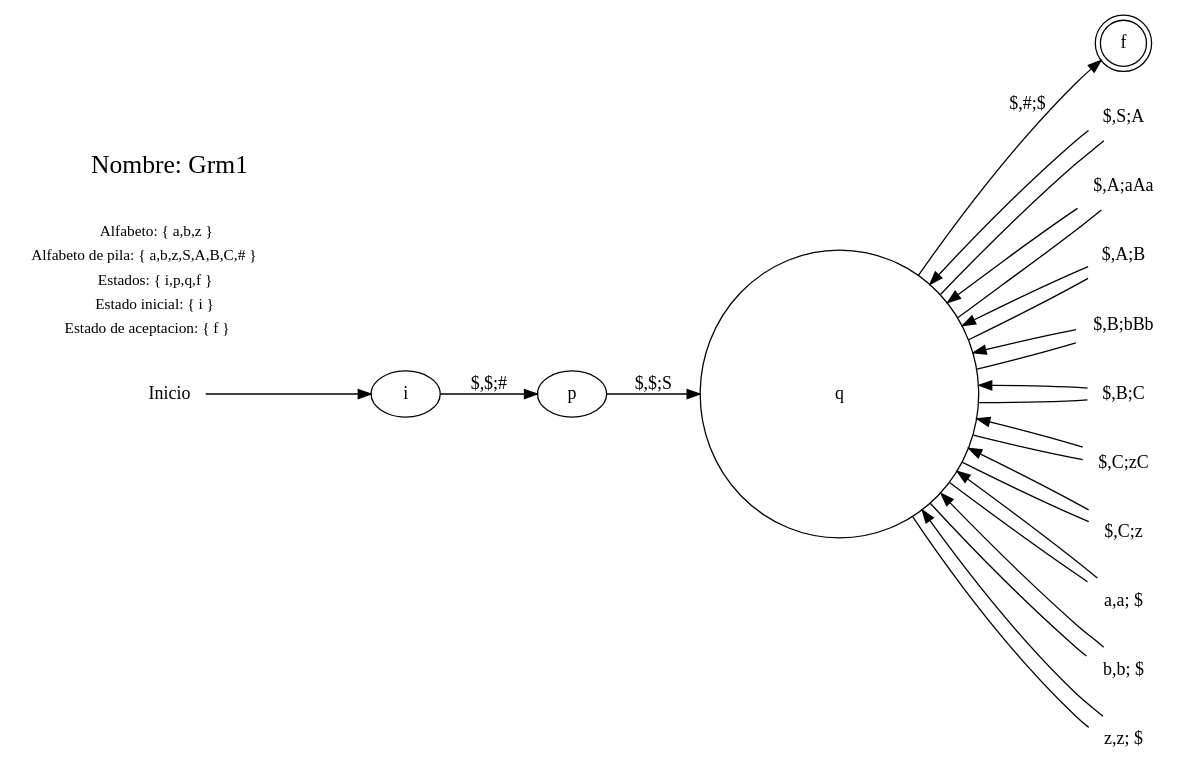
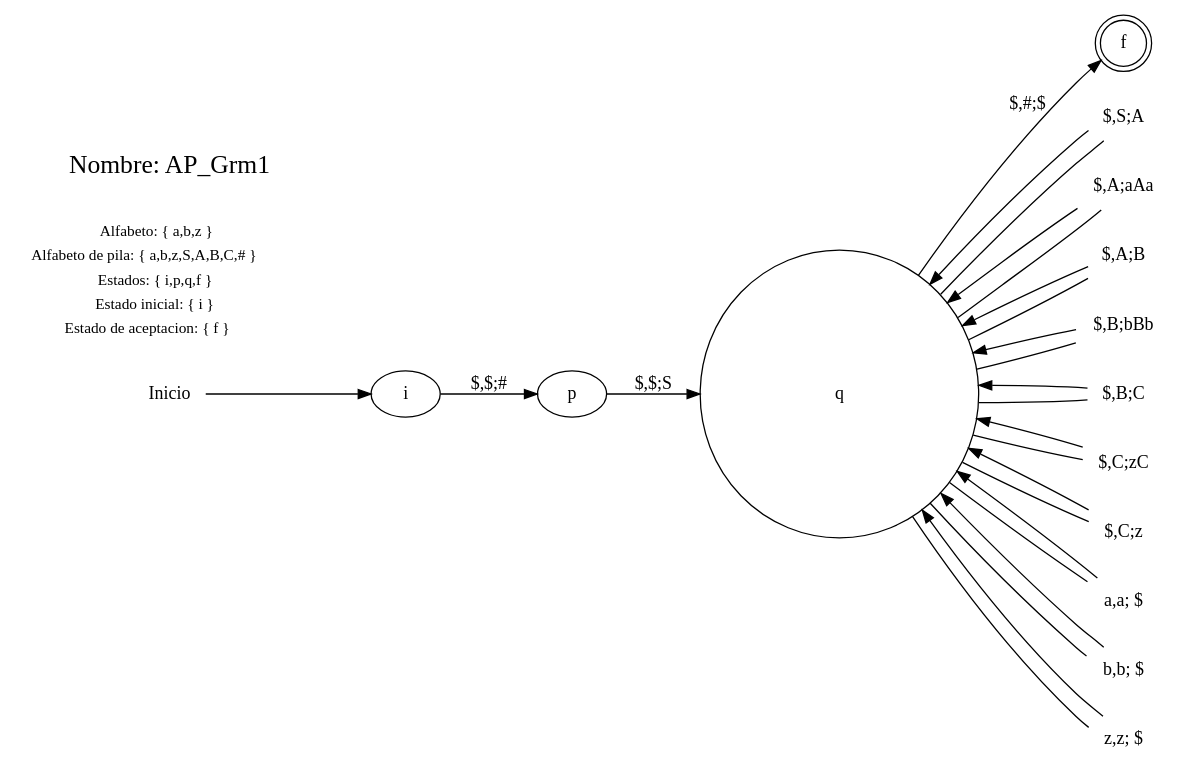
Before and after one commit to KevinPozuelos/KevinPozuelos-Proyecto_2_LFP_201800992: the diagram in Carga/automataPila.dot, drawn with Graphviz. The commit also changed 8 other files, not shown here.

```diff
--- a/Carga/automataPila.dot
+++ b/Carga/automataPila.dot
@@ -1,65 +1,65 @@
 digraph grafica{
 
 rankdir=LR;
 
 rank=same;
 
 f [shape = doublecircle];
 
 q [margin = 1];
 
 "Inicio" [shape = plaintext];
 
 "Inicio" -> i;
 
 i -> p [label = "$,$;#"]
 
 p -> q [label = "$,$;S"]
 
 q -> f [label = "$,#;$"]
 
 "$,S;A" [shape=none];q -> "$,S;A" [dir = none]
 
 "$,S;A"-> q
 
 "$,A;aAa" [shape=none];q -> "$,A;aAa" [dir = none]
 
 "$,A;aAa"-> q
 
 "$,A;B" [shape=none];q -> "$,A;B" [dir = none]
 
 "$,A;B"-> q
 
 "$,B;bBb" [shape=none];q -> "$,B;bBb" [dir = none]
 
 "$,B;bBb"-> q
 
 "$,B;C" [shape=none];q -> "$,B;C" [dir = none]
 
 "$,B;C"-> q
 
 "$,C;zC" [shape=none];q -> "$,C;zC" [dir = none]
 
 "$,C;zC"-> q
 
 "$,C;z" [shape=none];q -> "$,C;z" [dir = none]
 
 "$,C;z"-> q
 
 "a,a; $" [shape=none];q -> "a,a; $" [dir = none]
 
 "a,a; $"-> q
 
 "b,b; $" [shape=none];q -> "b,b; $" [dir = none]
 
 "b,b; $"-> q
 
 "z,z; $" [shape=none];q -> "z,z; $" [dir = none]
 
 "z,z; $"-> q
 
 
 
 tabla[shape=plaintext,fontsize=12, label=<<TABLE BORDER="0"><TR><TD>Alfabeto: { a,b,z }</TD></TR><TR><TD>Alfabeto de pila: { a,b,z,S,A,B,C,# }</TD></TR><TR><TD>Estados: { i,p,q,f }</TD></TR><TR><TD>Estado inicial: { i }</TD></TR><TR><TD>Estado de aceptacion: { f }</TD></TR></TABLE>>];
 
-Titulo [shape=plaintext,fontsize=20, label="Nombre: Grm1"]}
+Titulo [shape=plaintext,fontsize=20, label="Nombre: AP_Grm1"]}
```
